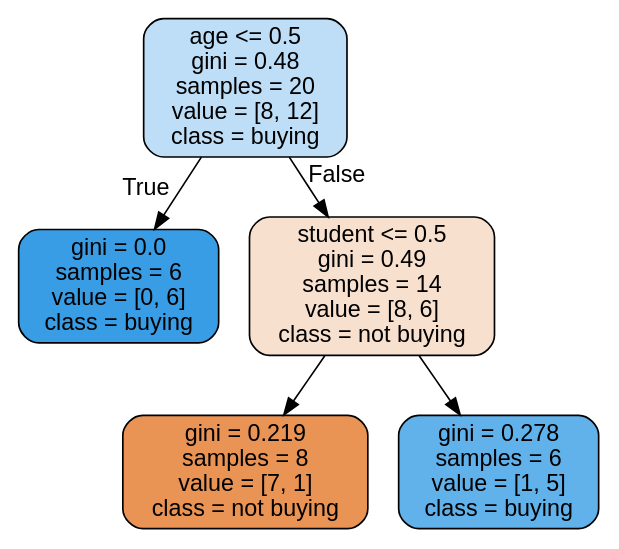
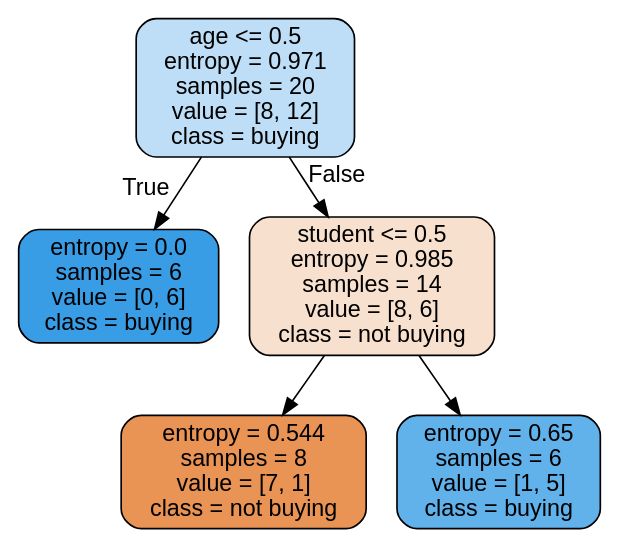
One commit to TinkeringAround/data-science changed the diagram in 11_DecisionTrees/tree.dot. Above: the diagram before and after it, drawn with Graphviz. The commit also changed 2 other files, not shown here.

```diff
--- a/11_DecisionTrees/tree.dot
+++ b/11_DecisionTrees/tree.dot
@@ -1,13 +1,13 @@
 digraph Tree {
 node [shape=box, style="filled, rounded", color="black", fontname=helvetica] ;
 edge [fontname=helvetica] ;
-0 [label="age <= 0.5\ngini = 0.48\nsamples = 20\nvalue = [8, 12]\nclass = buying", fillcolor="#bddef6"] ;
-1 [label="gini = 0.0\nsamples = 6\nvalue = [0, 6]\nclass = buying", fillcolor="#399de5"] ;
+0 [label="age <= 0.5\nentropy = 0.971\nsamples = 20\nvalue = [8, 12]\nclass = buying", fillcolor="#bddef6"] ;
+1 [label="entropy = 0.0\nsamples = 6\nvalue = [0, 6]\nclass = buying", fillcolor="#399de5"] ;
 0 -> 1 [labeldistance=2.5, labelangle=45, headlabel="True"] ;
-2 [label="student <= 0.5\ngini = 0.49\nsamples = 14\nvalue = [8, 6]\nclass = not buying", fillcolor="#f8e0ce"] ;
+2 [label="student <= 0.5\nentropy = 0.985\nsamples = 14\nvalue = [8, 6]\nclass = not buying", fillcolor="#f8e0ce"] ;
 0 -> 2 [labeldistance=2.5, labelangle=-45, headlabel="False"] ;
-3 [label="gini = 0.219\nsamples = 8\nvalue = [7, 1]\nclass = not buying", fillcolor="#e99355"] ;
+3 [label="entropy = 0.544\nsamples = 8\nvalue = [7, 1]\nclass = not buying", fillcolor="#e99355"] ;
 2 -> 3 ;
-4 [label="gini = 0.278\nsamples = 6\nvalue = [1, 5]\nclass = buying", fillcolor="#61b1ea"] ;
+4 [label="entropy = 0.65\nsamples = 6\nvalue = [1, 5]\nclass = buying", fillcolor="#61b1ea"] ;
 2 -> 4 ;
 }
```
